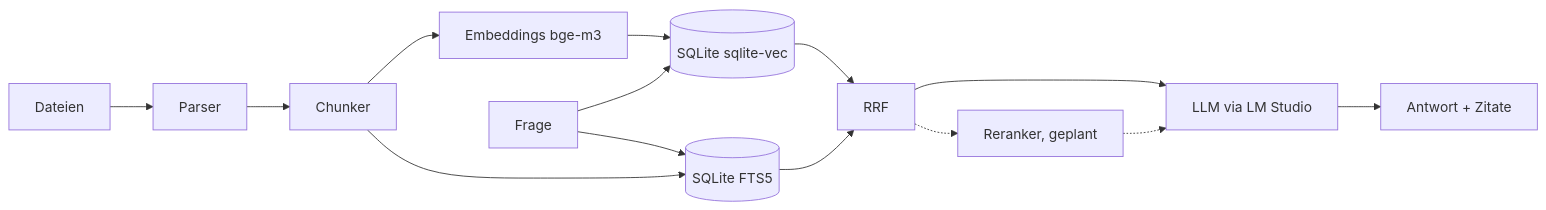
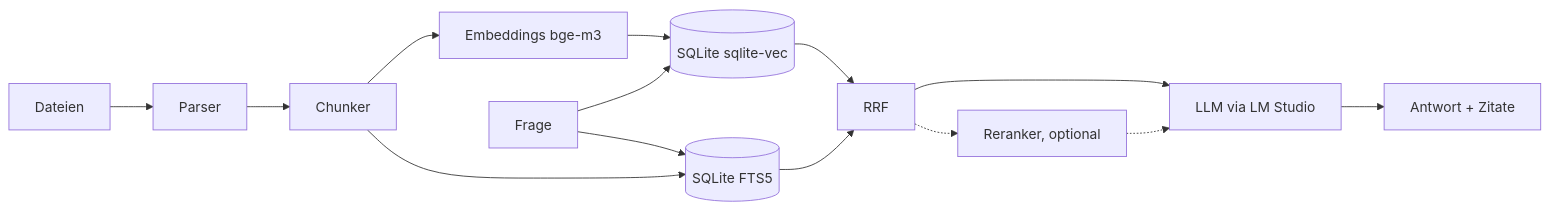
The diagram in README.md (Dualshok3/localRAG), drawn with Mermaid before and after one commit. The commit also changed other lines of this file and 8 other files, not shown here.

First line of the commit message:
feat: optional cross-encoder reranker, reuse DB connection in the service

````diff
--- a/README.md
+++ b/README.md
@@ -215,8 +239,8 @@
 ```mermaid
 flowchart LR
     F[Dateien] --> P[Parser] --> C[Chunker] --> E[Embeddings bge-m3]
     E --> V[(SQLite sqlite-vec)]
     C --> B[(SQLite FTS5)]
     Q[Frage] --> V & B --> R[RRF] --> L[LLM via LM Studio] --> A[Antwort + Zitate]
-    R -.-> RR[Reranker, geplant] -.-> L
+    R -.-> RR[Reranker, optional] -.-> L
 ```
````
